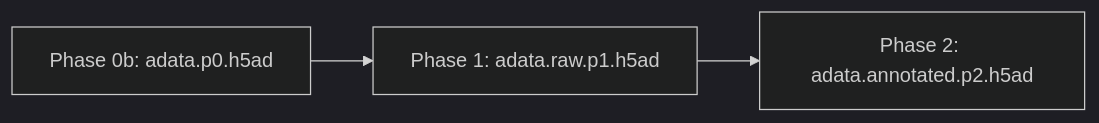
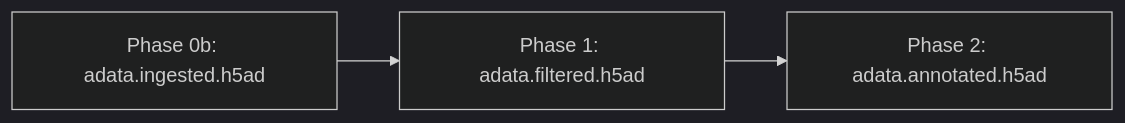
One commit to yoffelab/sc_tools changed the diagram in .claude/skills/technical-writing/SKILL.md. Above: the diagram before and after it, drawn with Mermaid (dark theme). The commit also changed other lines of this file and 6 other files, not shown here.

````diff
--- a/.claude/skills/technical-writing/SKILL.md
+++ b/.claude/skills/technical-writing/SKILL.md
@@ -27,5 +27,5 @@
 ```mermaid
 graph LR
-    A[Phase 0b: adata.p0.h5ad] --> B[Phase 1: adata.raw.p1.h5ad]
-    B --> C[Phase 2: adata.annotated.p2.h5ad]
+    A[Phase 0b: adata.ingested.h5ad] --> B[Phase 1: adata.filtered.h5ad]
+    B --> C[Phase 2: adata.annotated.h5ad]
 ```
````
